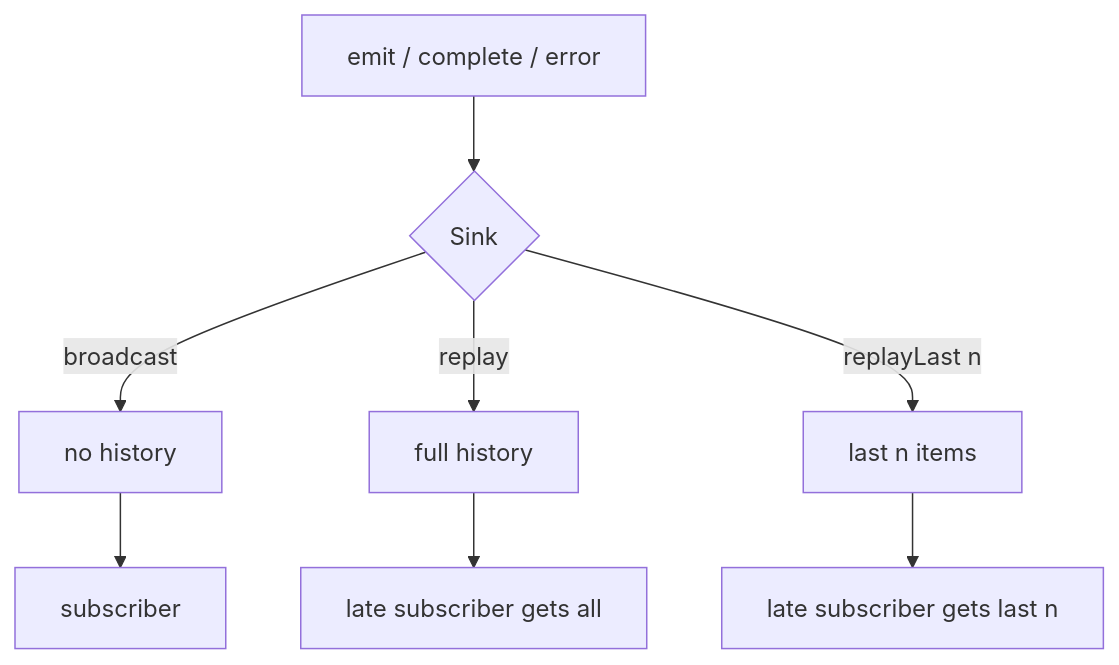
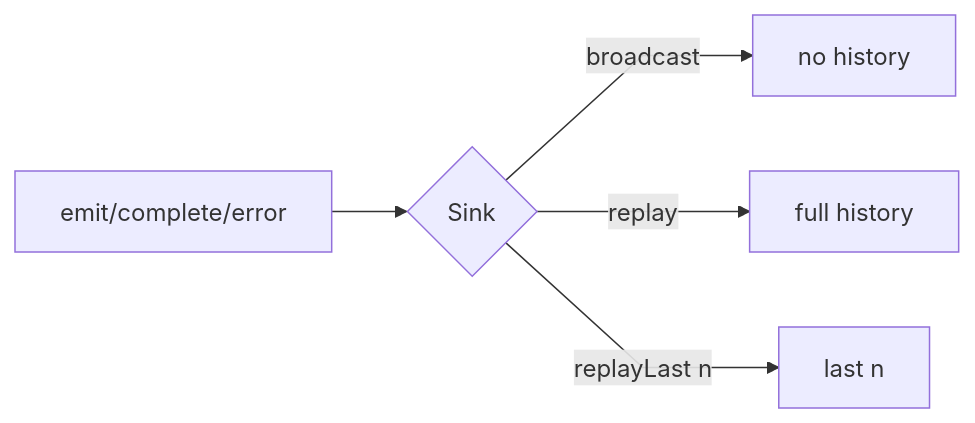
The third of 3 diagrams in README.md (OyabunAB/aelv), drawn with Mermaid before and after one commit. The commit also changed other lines of this file, not shown here.

````diff
--- a/README.md
+++ b/README.md
@@ -101,10 +98,8 @@
 ```mermaid
-flowchart TD
-    E[emit / complete / error] --> S{Sink}
+%%{init: {'flowchart': {'curve': 'linear'}}}%%
+flowchart LR
+    E[emit/complete/error] --> S{Sink}
     S -->|broadcast| A[no history]
     S -->|replay| B[full history]
-    S -->|replayLast n| C[last n items]
-    A --> sub1[subscriber]
-    B --> sub2[late subscriber gets all]
-    C --> sub3[late subscriber gets last n]
+    S -->|replayLast n| C[last n]
 ```
````
